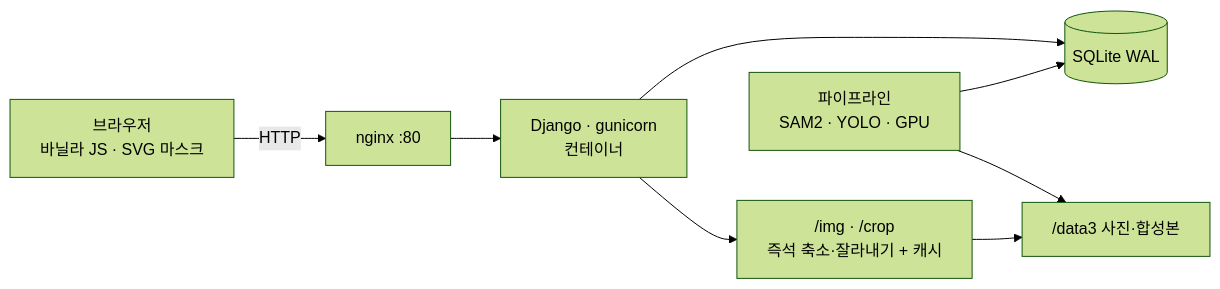
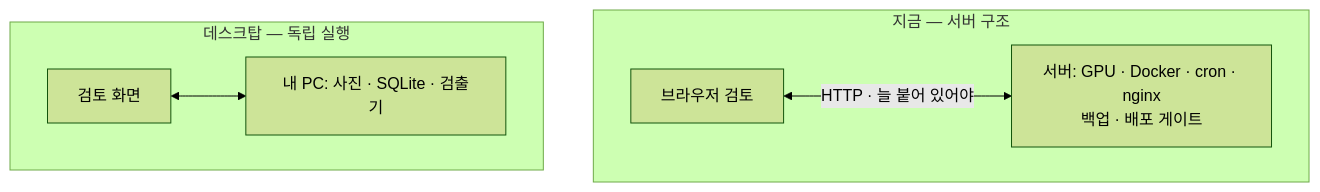
The first of 2 diagrams in docs/20260805_desktop-app-review.md (jikhanjung/DiaRUGA), drawn with Mermaid (forest theme) before and after one commit. The commit also changed other lines of this file and 6 other files, not shown here.

````diff
--- a/docs/20260805_desktop-app-review.md
+++ b/docs/20260805_desktop-app-review.md
@@ -52,10 +141,13 @@
 ```mermaid
-flowchart LR
-    B["브라우저<br/>바닐라 JS · SVG 마스크"] -->|"HTTP"| N["nginx :80"]
-    N --> W["Django · gunicorn<br/>컨테이너"]
-    W --> DB[("SQLite WAL")]
-    W --> IMG["/img · /crop<br/>즉석 축소·잘라내기 + 캐시"]
-    IMG --> F["/data3 사진·합성본"]
-    P["파이프라인<br/>SAM2 · YOLO · GPU"] --> DB
-    P --> F
+flowchart TB
+    subgraph 지금["지금 — 서버 구조"]
+        S1["서버: GPU · Docker · cron · nginx<br/>백업 · 배포 게이트"]
+        S2["브라우저 검토"]
+        S2 <-->|"HTTP · 늘 붙어 있어야"| S1
+    end
+    subgraph 앱["데스크탑 — 독립 실행"]
+        A1["내 PC: 사진 · SQLite · 검출기"]
+        A2["검토 화면"]
+        A2 <--> A1
+    end
 ```
````
